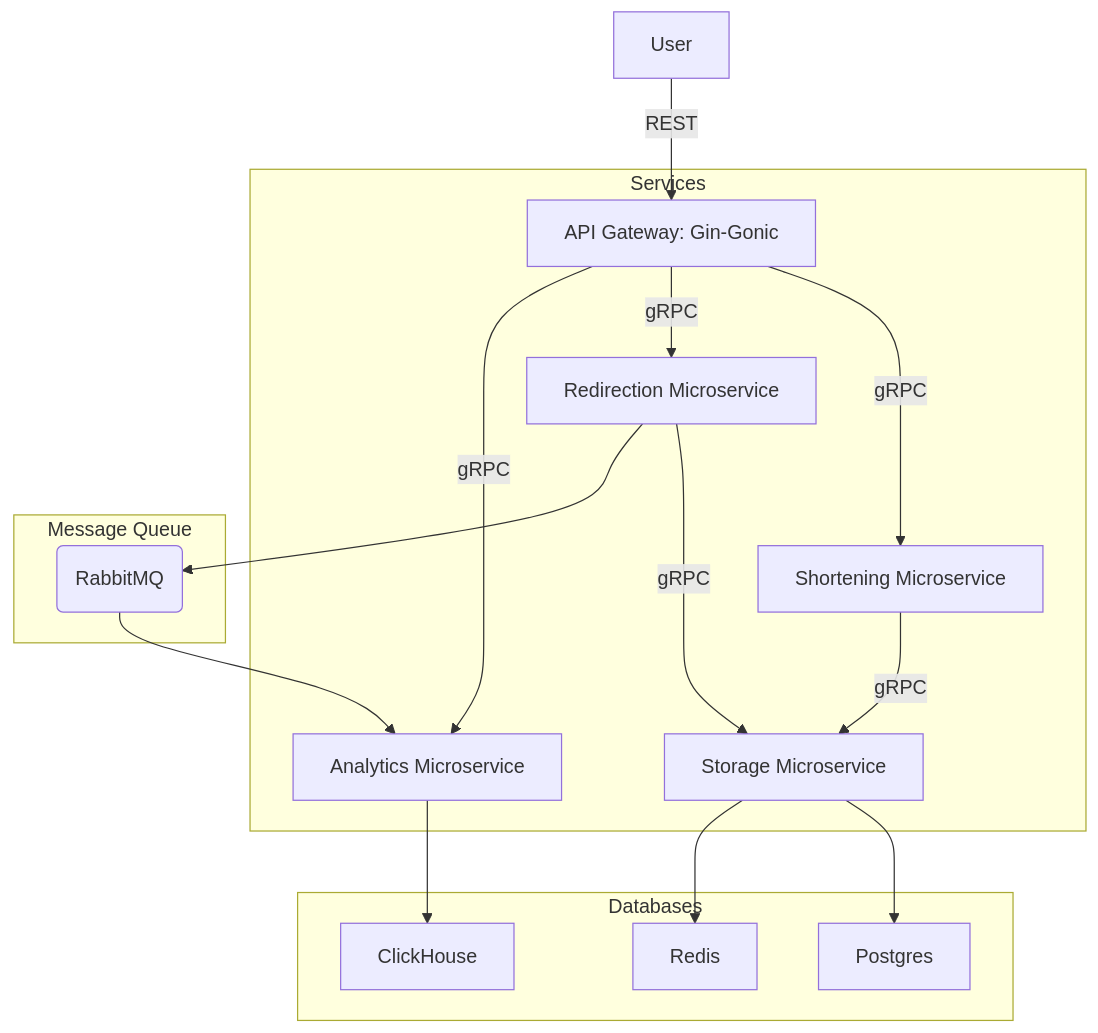
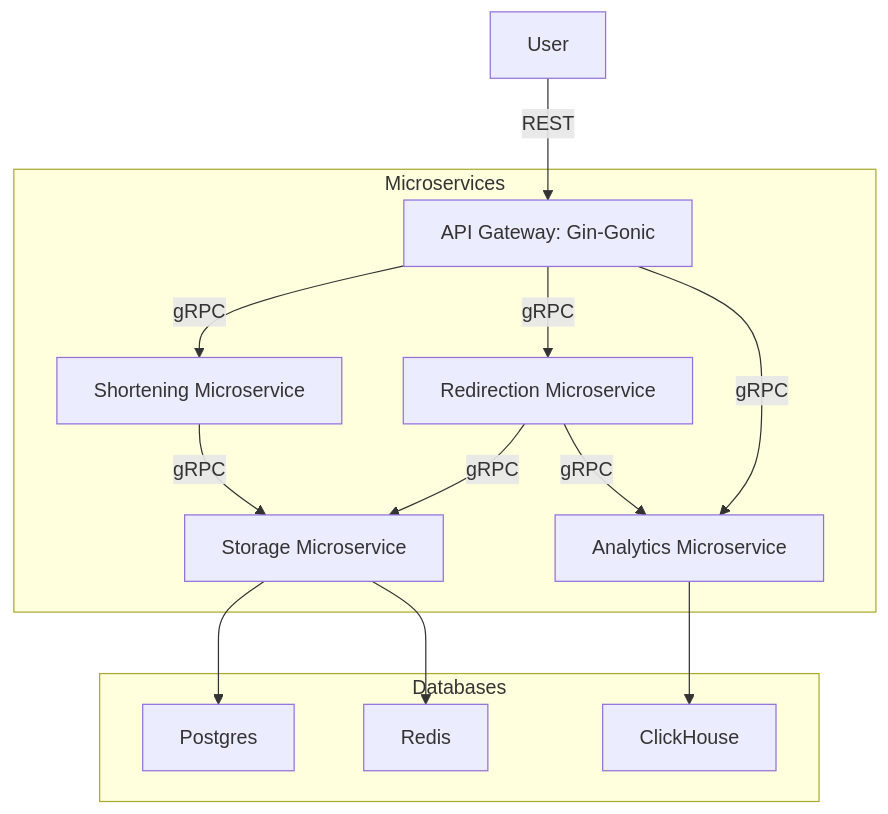
One commit to DimaGitHahahab/T-URL changed the diagram in readme.md. Above: the diagram before and after it, drawn with Mermaid.

Commit message:
fix: Remove extra node in architecture graph

````diff
--- a/readme.md
+++ b/readme.md
@@ -2,33 +2,30 @@
 ```mermaid
 graph TD
     A[User] -->|REST| B[API Gateway: Gin-Gonic]
     B -->|gRPC| C[Shortening Microservice]
     B -->|gRPC| D[Redirection Microservice]
     C -->|gRPC| E[Storage Microservice]
     D -->|gRPC| E[Storage Microservice]
-    D --> F(RabbitMQ)
-    F --> G[Analytics Microservice]
+    D -->|gRPC| G[Analytics Microservice]
     E --> J[Postgres]
     G --> H[ClickHouse]
     E --> I[Redis]
     
     B -->|gRPC| G[Analytics Microservice]
 
-    subgraph "Services"
+    subgraph "Microservices"
         B
         C
         D
         E
         G
     end
 
     subgraph "Databases"
         I
         J
         H
     end
 
-    subgraph "Message Queue"
-        F
-    end
+    
 ```
````
